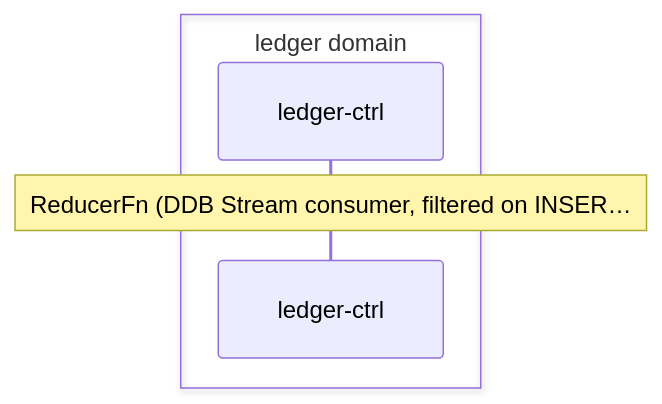
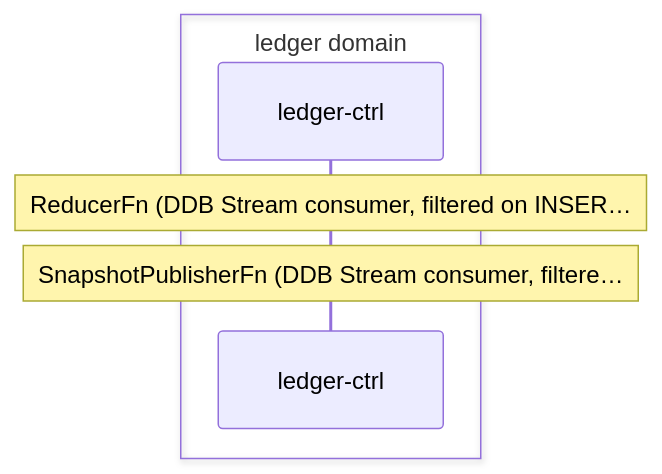
One commit to fabio-vitali/nestfolio changed the second of 2 diagrams in docs/data-flows/order-ledger.md. Above: the diagram before and after it, drawn with Mermaid. The commit also changed other lines of this file and 25 other files, not shown here.

First line of the commit message:
docs(data-flows): sync flow specs to code + harden generator

````diff
--- a/docs/data-flows/order-ledger.md
+++ b/docs/data-flows/order-ledger.md
@@ -20,7 +20,8 @@
 ```mermaid
 sequenceDiagram
     box ledger domain
         participant ledger_ctrl as ledger-ctrl
     end
     Note over ledger_ctrl: ReducerFn (DDB Stream consumer, filtered on INSER…
+    Note over ledger_ctrl: SnapshotPublisherFn (DDB Stream consumer, filtere…
 ```
````
